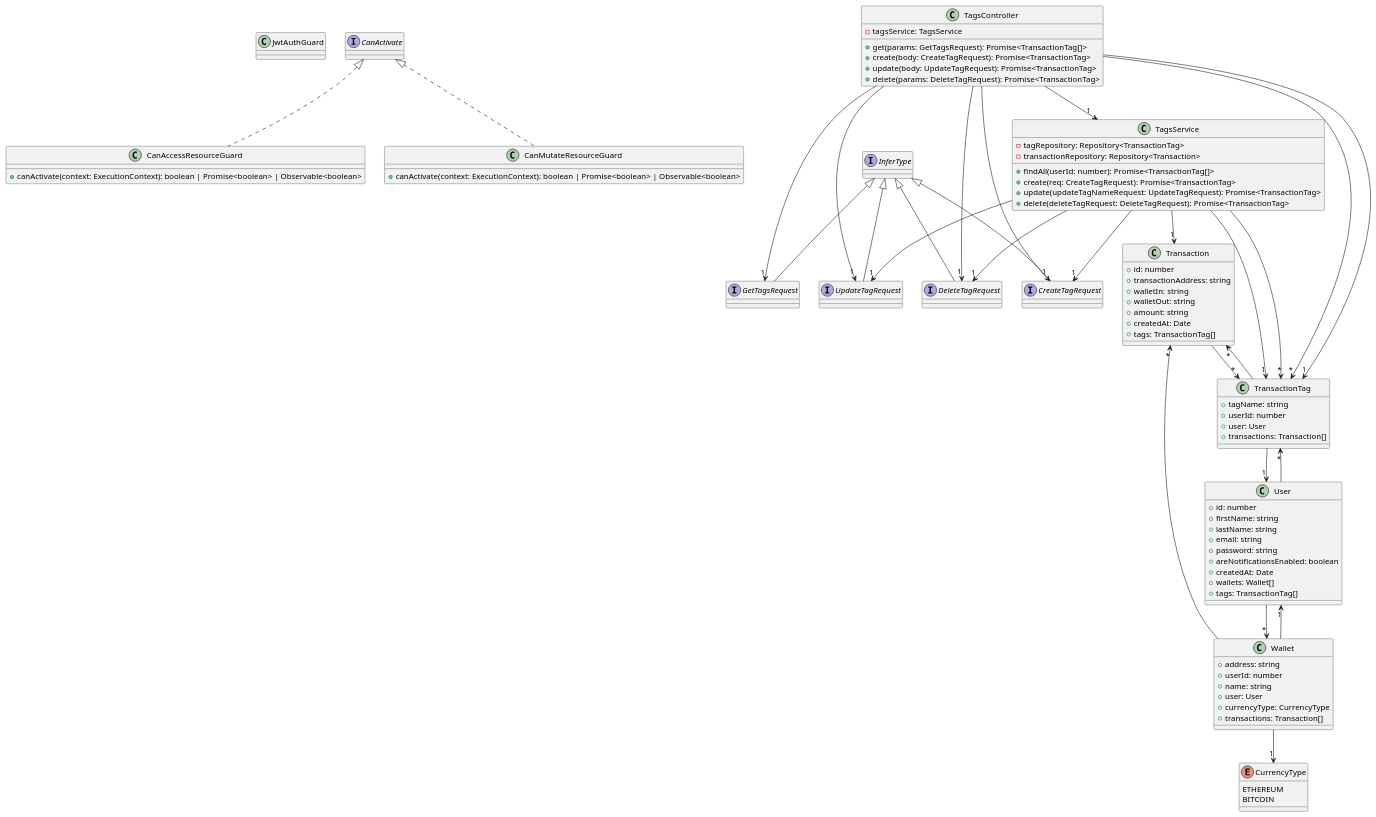
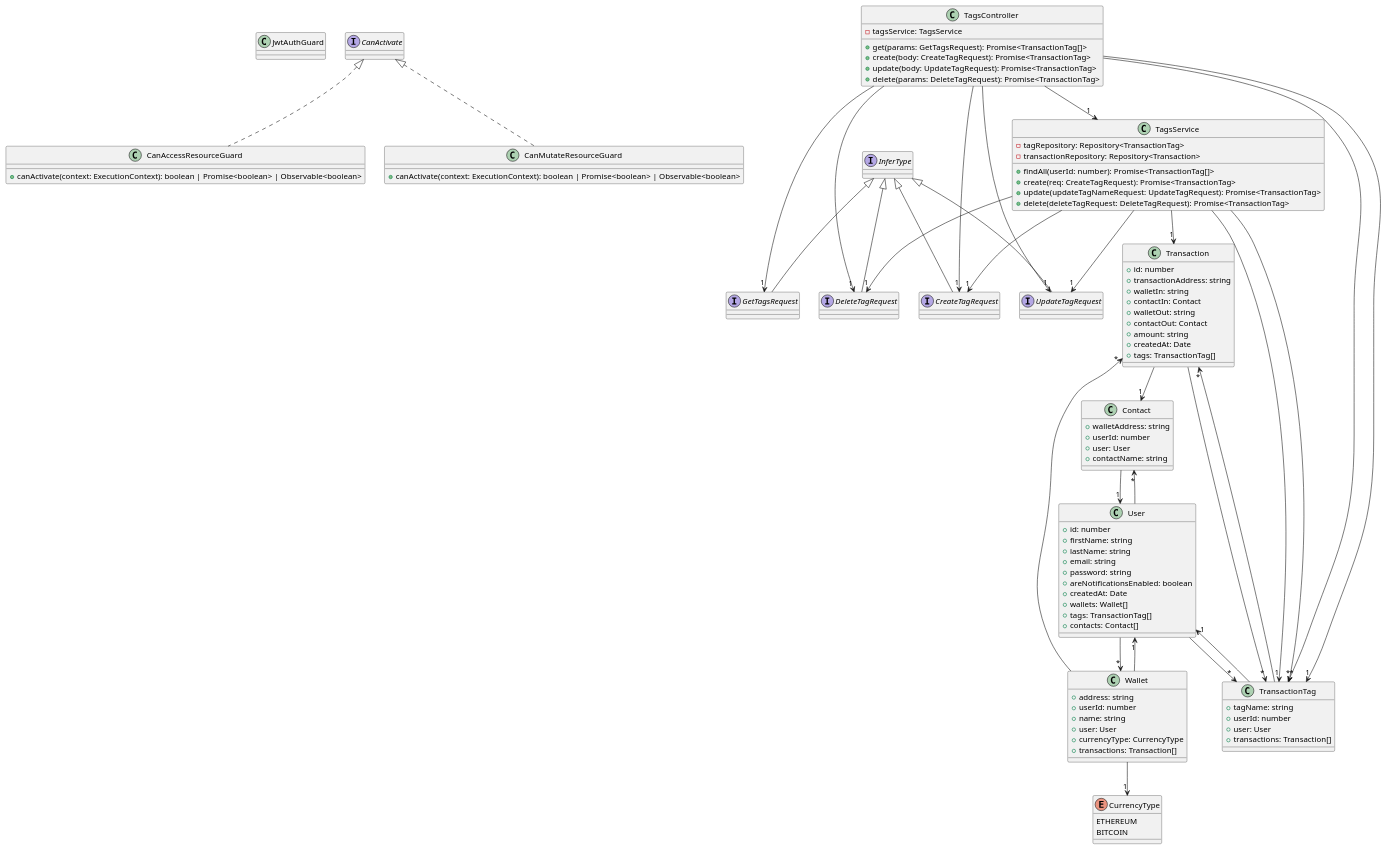
Before and after one commit to SOEN-490-Capstone/Cryptify: the diagram in packages/docs/diagrams/class_diagram_api_tags.puml, drawn with PlantUML. The commit also changed 19 other files, not shown here.

Commit message:
Update class diagrams for release 2

```diff
--- a/packages/docs/diagrams/class_diagram_api_tags.puml
+++ b/packages/docs/diagrams/class_diagram_api_tags.puml
@@ -1,87 +1,99 @@
 @startuml
 class JwtAuthGuard
 class CanAccessResourceGuard implements CanActivate {
     +canActivate(context: ExecutionContext): boolean | Promise<boolean> | Observable<boolean>
 }
 interface GetTagsRequest extends InferType
 interface CreateTagRequest extends InferType
 interface UpdateTagRequest extends InferType
 interface DeleteTagRequest extends InferType
-class Transaction {
-    +id: number
-    +transactionAddress: string
-    +walletIn: string
-    +walletOut: string
-    +amount: string
-    +createdAt: Date
-    +tags: TransactionTag[]
-}
 enum CurrencyType {
     ETHEREUM
     BITCOIN
 }
 class Wallet {
     +address: string
     +userId: number
     +name: string
     +user: User
     +currencyType: CurrencyType
     +transactions: Transaction[]
 }
 class User {
     +id: number
     +firstName: string
     +lastName: string
     +email: string
     +password: string
     +areNotificationsEnabled: boolean
     +createdAt: Date
     +wallets: Wallet[]
+    +tags: TransactionTag[]
+    +contacts: Contact[]
+}
+class Contact {
+    +walletAddress: string
+    +userId: number
+    +user: User
+    +contactName: string
+}
+class Transaction {
+    +id: number
+    +transactionAddress: string
+    +walletIn: string
+    +contactIn: Contact
+    +walletOut: string
+    +contactOut: Contact
+    +amount: string
+    +createdAt: Date
     +tags: TransactionTag[]
 }
 class TransactionTag {
     +tagName: string
     +userId: number
     +user: User
     +transactions: Transaction[]
 }
 class TagsService {
     -tagRepository: Repository<TransactionTag>
     -transactionRepository: Repository<Transaction>
     +findAll(userId: number): Promise<TransactionTag[]>
     +create(req: CreateTagRequest): Promise<TransactionTag>
     +update(updateTagNameRequest: UpdateTagRequest): Promise<TransactionTag>
     +delete(deleteTagRequest: DeleteTagRequest): Promise<TransactionTag>
 }
 class CanMutateResourceGuard implements CanActivate {
     +canActivate(context: ExecutionContext): boolean | Promise<boolean> | Observable<boolean>
 }
 class TagsController {
     -tagsService: TagsService
     +get(params: GetTagsRequest): Promise<TransactionTag[]>
     +create(body: CreateTagRequest): Promise<TransactionTag>
     +update(body: UpdateTagRequest): Promise<TransactionTag>
     +delete(params: DeleteTagRequest): Promise<TransactionTag>
 }
-Transaction --> "*" TransactionTag
 Wallet --> "1" User
 Wallet --> "1" CurrencyType
 Wallet --> "*" Transaction
 User --> "*" Wallet
 User --> "*" TransactionTag
+User --> "*" Contact
+Contact --> "1" User
+Transaction --> "1" Contact
+Transaction --> "*" TransactionTag
 TransactionTag --> "1" User
 TransactionTag --> "*" Transaction
 TagsService --> "1" TransactionTag
 TagsService --> "1" Transaction
 TagsService --> "*" TransactionTag
 TagsService --> "1" CreateTagRequest
 TagsService --> "1" UpdateTagRequest
 TagsService --> "1" DeleteTagRequest
 TagsController --> "1" TagsService
 TagsController --> "1" GetTagsRequest
 TagsController --> "*" TransactionTag
 TagsController --> "1" CreateTagRequest
 TagsController --> "1" TransactionTag
 TagsController --> "1" UpdateTagRequest
 TagsController --> "1" DeleteTagRequest
 @enduml
```
